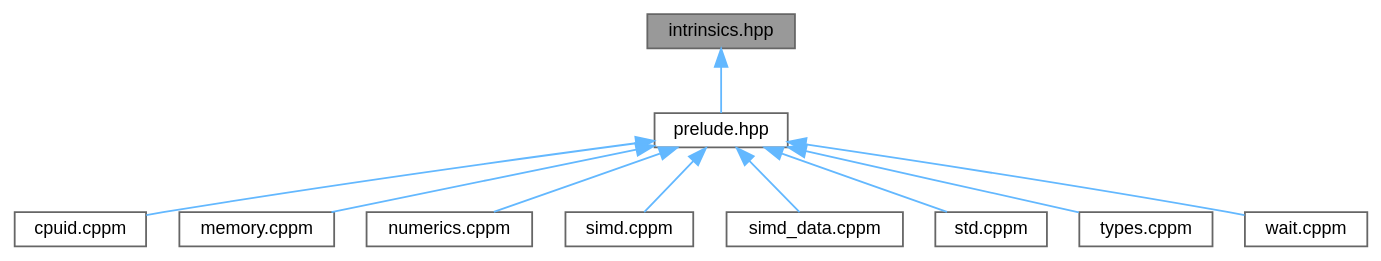
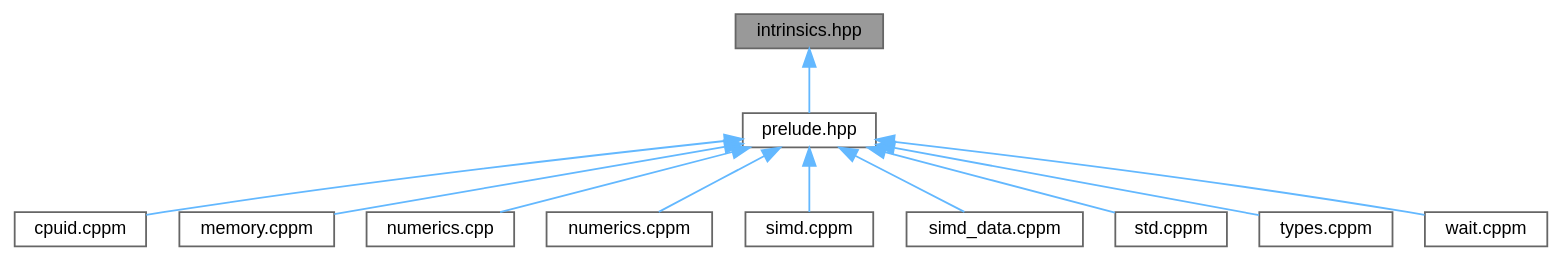
Before and after one commit to ekmett/ein: the diagram in intrinsics_8hpp__dep__incl.dot, drawn with Graphviz. The commit also changed 274 other files, not shown here.

```diff
--- a/intrinsics_8hpp__dep__incl.dot
+++ b/intrinsics_8hpp__dep__incl.dot
@@ -1,27 +1,29 @@
 digraph "intrinsics.hpp"
 {
  // INTERACTIVE_SVG=YES
  // LATEX_PDF_SIZE
   bgcolor="transparent";
   edge [fontname=Helvetica,fontsize=10,labelfontname=Helvetica,labelfontsize=10];
   node [fontname=Helvetica,fontsize=10,shape=box,height=0.2,width=0.4];
   Node1 [id="Node000001",label="intrinsics.hpp",height=0.2,width=0.4,color="gray40", fillcolor="grey60", style="filled", fontcolor="black",tooltip="Imports all of our platform-specific intrinsics once as part of the PCH."];
   Node1 -> Node2 [id="edge1_Node000001_Node000002",dir="back",color="steelblue1",style="solid",tooltip=" "];
   Node2 [id="Node000002",label="prelude.hpp",height=0.2,width=0.4,color="grey40", fillcolor="white", style="filled",URL="$prelude_8hpp.html",tooltip="All c++ headers."];
   Node2 -> Node3 [id="edge2_Node000002_Node000003",dir="back",color="steelblue1",style="solid",tooltip=" "];
   Node3 [id="Node000003",label="cpuid.cppm",height=0.2,width=0.4,color="grey40", fillcolor="white", style="filled",URL="$cpuid_8cppm.html",tooltip=" "];
   Node2 -> Node4 [id="edge3_Node000002_Node000004",dir="back",color="steelblue1",style="solid",tooltip=" "];
   Node4 [id="Node000004",label="memory.cppm",height=0.2,width=0.4,color="grey40", fillcolor="white", style="filled",URL="$memory_8cppm.html",tooltip=" "];
   Node2 -> Node5 [id="edge4_Node000002_Node000005",dir="back",color="steelblue1",style="solid",tooltip=" "];
-  Node5 [id="Node000005",label="numerics.cppm",height=0.2,width=0.4,color="grey40", fillcolor="white", style="filled",URL="$numerics_8cppm.html",tooltip=" "];
+  Node5 [id="Node000005",label="numerics.cpp",height=0.2,width=0.4,color="grey40", fillcolor="white", style="filled",URL="$numerics_8cpp.html",tooltip="numerics external template instantiations"];
   Node2 -> Node6 [id="edge5_Node000002_Node000006",dir="back",color="steelblue1",style="solid",tooltip=" "];
-  Node6 [id="Node000006",label="simd.cppm",height=0.2,width=0.4,color="grey40", fillcolor="white", style="filled",URL="$simd_8cppm.html",tooltip=" "];
+  Node6 [id="Node000006",label="numerics.cppm",height=0.2,width=0.4,color="grey40", fillcolor="white", style="filled",URL="$numerics_8cppm.html",tooltip=" "];
   Node2 -> Node7 [id="edge6_Node000002_Node000007",dir="back",color="steelblue1",style="solid",tooltip=" "];
-  Node7 [id="Node000007",label="simd_data.cppm",height=0.2,width=0.4,color="grey40", fillcolor="white", style="filled",URL="$simd__data_8cppm.html",tooltip=" "];
+  Node7 [id="Node000007",label="simd.cppm",height=0.2,width=0.4,color="grey40", fillcolor="white", style="filled",URL="$simd_8cppm.html",tooltip=" "];
   Node2 -> Node8 [id="edge7_Node000002_Node000008",dir="back",color="steelblue1",style="solid",tooltip=" "];
-  Node8 [id="Node000008",label="std.cppm",height=0.2,width=0.4,color="grey40", fillcolor="white", style="filled",URL="$std_8cppm.html",tooltip="polyfill missing standard library functions"];
+  Node8 [id="Node000008",label="simd_data.cppm",height=0.2,width=0.4,color="grey40", fillcolor="white", style="filled",URL="$simd__data_8cppm.html",tooltip=" "];
   Node2 -> Node9 [id="edge8_Node000002_Node000009",dir="back",color="steelblue1",style="solid",tooltip=" "];
-  Node9 [id="Node000009",label="types.cppm",height=0.2,width=0.4,color="grey40", fillcolor="white", style="filled",URL="$types_8cppm.html",tooltip=" "];
+  Node9 [id="Node000009",label="std.cppm",height=0.2,width=0.4,color="grey40", fillcolor="white", style="filled",URL="$std_8cppm.html",tooltip="polyfill missing standard library functions"];
   Node2 -> Node10 [id="edge9_Node000002_Node000010",dir="back",color="steelblue1",style="solid",tooltip=" "];
-  Node10 [id="Node000010",label="wait.cppm",height=0.2,width=0.4,color="grey40", fillcolor="white", style="filled",URL="$wait_8cppm.html",tooltip="waiting strategies"];
+  Node10 [id="Node000010",label="types.cppm",height=0.2,width=0.4,color="grey40", fillcolor="white", style="filled",URL="$types_8cppm.html",tooltip=" "];
+  Node2 -> Node11 [id="edge10_Node000002_Node000011",dir="back",color="steelblue1",style="solid",tooltip=" "];
+  Node11 [id="Node000011",label="wait.cppm",height=0.2,width=0.4,color="grey40", fillcolor="white", style="filled",URL="$wait_8cppm.html",tooltip="waiting strategies"];
 }
```
